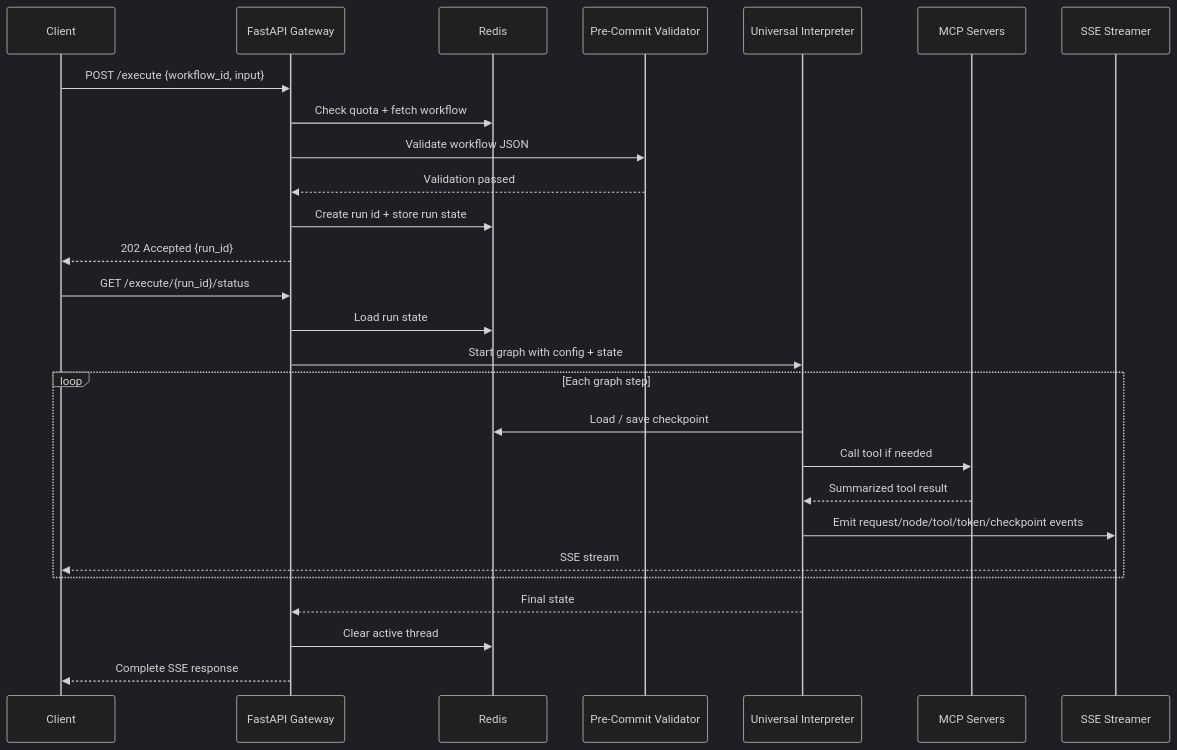
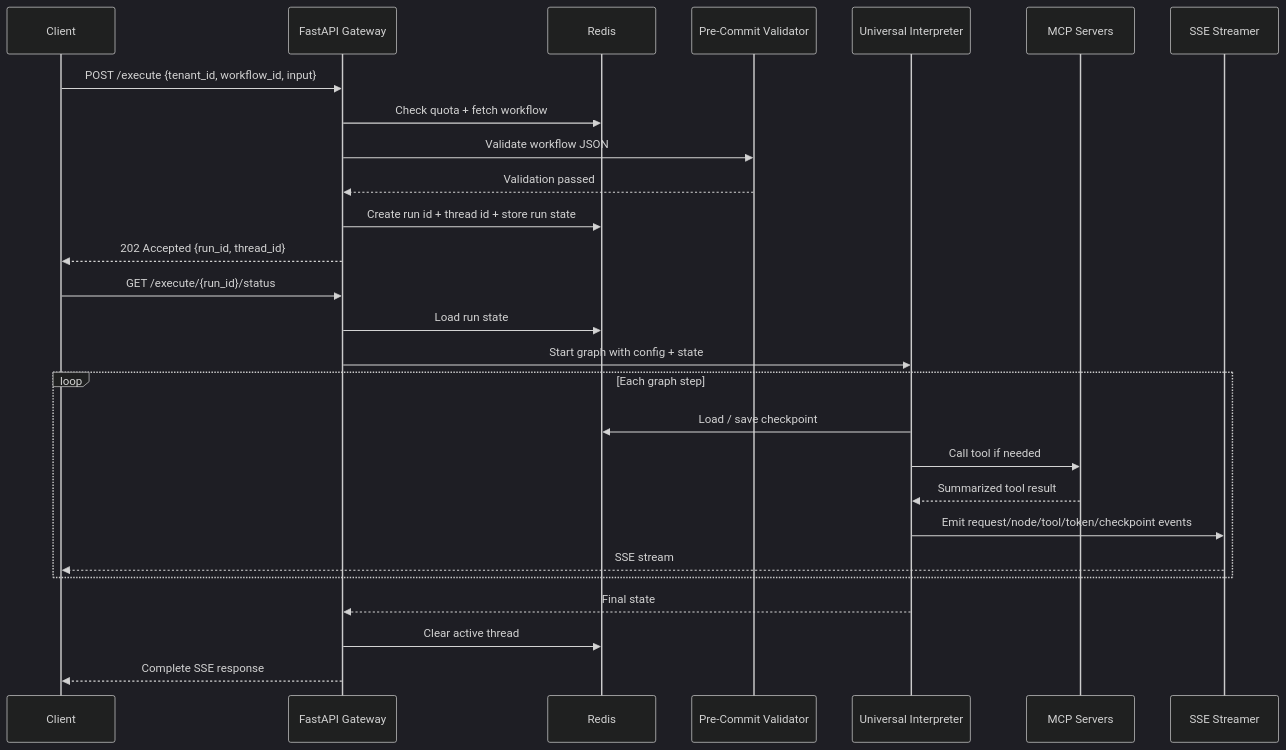
One commit to destngx/monorepo changed the diagram in docs/graph-weave/specification/runtime/request-lifecycle.md. Above: the diagram before and after it, drawn with Mermaid (dark theme). The commit also changed other lines of this file and 17 other files, not shown here.

````diff
--- a/docs/graph-weave/specification/runtime/request-lifecycle.md
+++ b/docs/graph-weave/specification/runtime/request-lifecycle.md
@@ -59,33 +70,33 @@
 ```mermaid
 sequenceDiagram
     participant C as Client
     participant API as FastAPI Gateway
     participant R as Redis
     participant V as Pre-Commit Validator
     participant G as Universal Interpreter
     participant M as MCP Servers
     participant S as SSE Streamer
 
-    C->>API: POST /execute {workflow_id, input}
+    C->>API: POST /execute {tenant_id, workflow_id, input}
     API->>R: Check quota + fetch workflow
     API->>V: Validate workflow JSON
     V-->>API: Validation passed
-    API->>R: Create run id + store run state
-    API-->>C: 202 Accepted {run_id}
+    API->>R: Create run id + thread id + store run state
+    API-->>C: 202 Accepted {run_id, thread_id}
 
     C->>API: GET /execute/{run_id}/status
     API->>R: Load run state
     API->>G: Start graph with config + state
 
     loop Each graph step
         G->>R: Load / save checkpoint
         G->>M: Call tool if needed
         M-->>G: Summarized tool result
         G->>S: Emit request/node/tool/token/checkpoint events
         S-->>C: SSE stream
     end
 
     G-->>API: Final state
     API->>R: Clear active thread
     API-->>C: Complete SSE response
 ```
````
